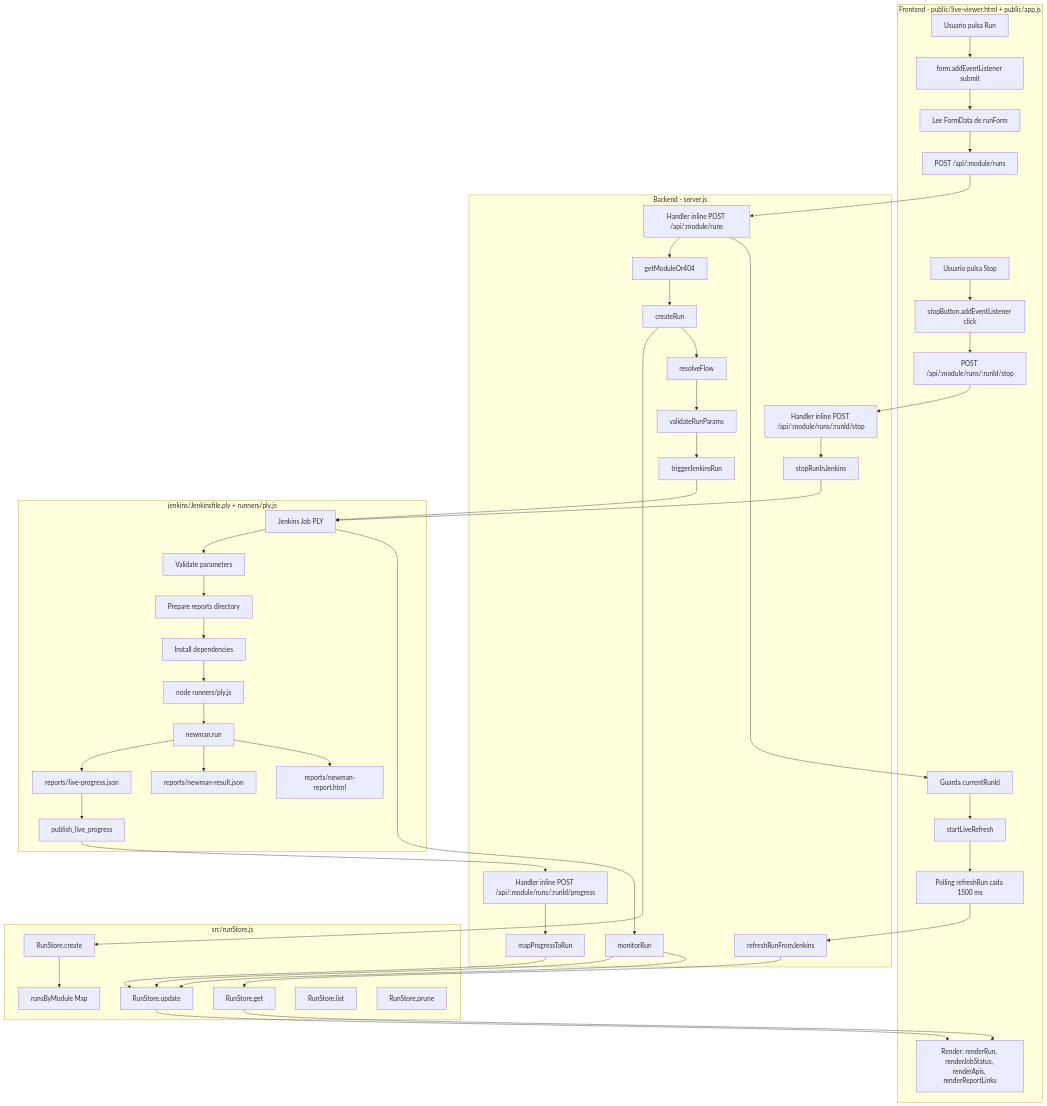
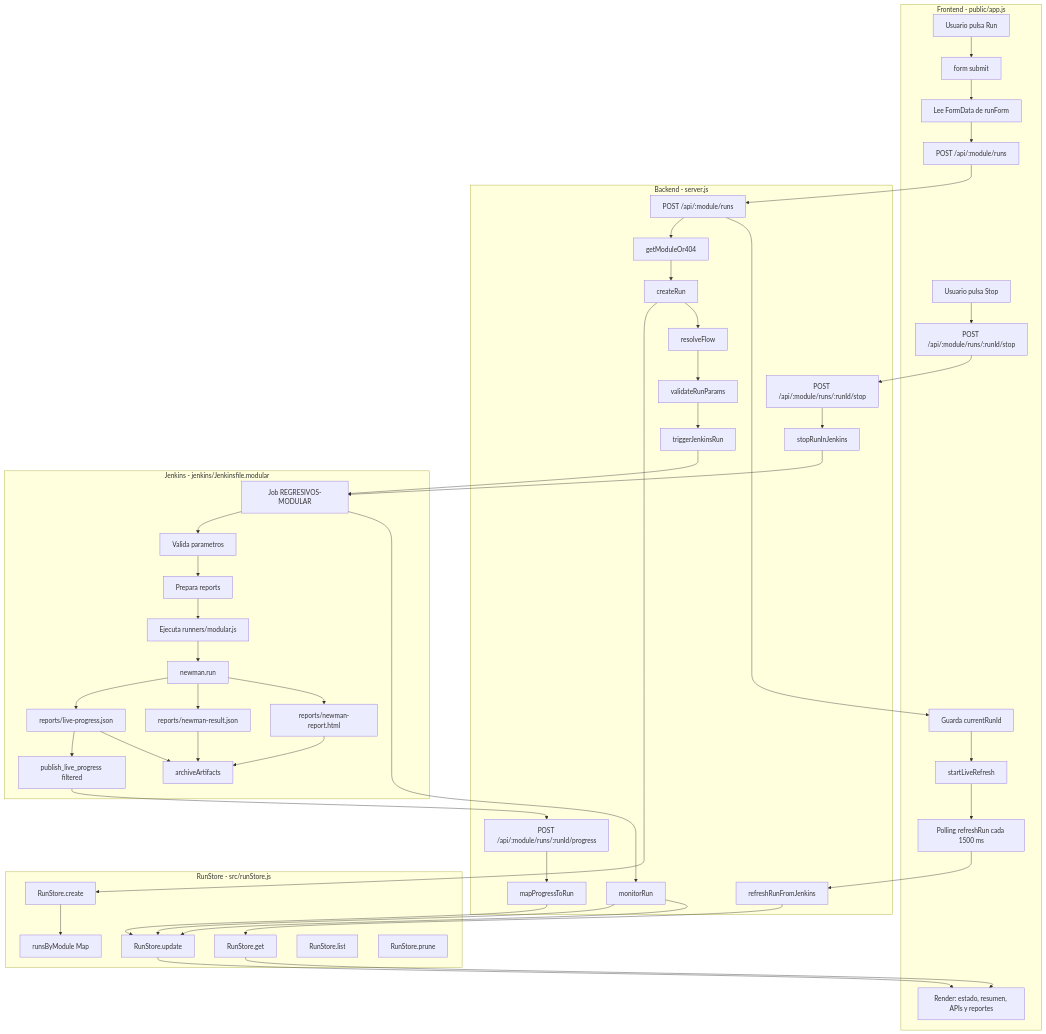
Before and after one commit to rojasfy/qa-postman-runner: the first of 2 diagrams in docs/flujo-ejecucion-modular.md, drawn with Mermaid. The commit also changed other lines of this file and 14 other files, not shown here.

Commit message:
chore: keep only modular architecture active

````diff
--- a/docs/flujo-ejecucion-modular.md
+++ b/docs/flujo-ejecucion-modular.md
@@ -13,63 +21,65 @@
 ```mermaid
 flowchart TD
-  subgraph Frontend[Frontend - public/live-viewer.html + public/app.js]
+  subgraph Frontend[Frontend - public/app.js]
     U[Usuario pulsa Run]
-    F1[form.addEventListener submit]
+    F1[form submit]
     F2[Lee FormData de runForm]
     F3[POST /api/:module/runs]
     F4[Guarda currentRunId]
     F5[startLiveRefresh]
     F6[Polling refreshRun cada 1500 ms]
-    F7[Render: renderRun, renderJobStatus, renderApis, renderReportLinks]
+    F7[Render: estado, resumen, APIs y reportes]
     S1[Usuario pulsa Stop]
-    S2[stopButton.addEventListener click]
-    S3[POST /api/:module/runs/:runId/stop]
+    S2[POST /api/:module/runs/:runId/stop]
   end
 
   subgraph Backend[Backend - server.js]
-    B1[Handler inline POST /api/:module/runs]
+    B1[POST /api/:module/runs]
     B2[getModuleOr404]
     B3[createRun]
     B4[resolveFlow]
     B5[validateRunParams]
     B6[triggerJenkinsRun]
     B7[monitorRun]
     B8[refreshRunFromJenkins]
-    B11[Handler inline POST /api/:module/runs/:runId/progress]
-    B12[mapProgressToRun]
-    B9[Handler inline POST /api/:module/runs/:runId/stop]
-    B10[stopRunInJenkins]
+    B9[POST /api/:module/runs/:runId/progress]
+    B10[mapProgressToRun]
+    B11[POST /api/:module/runs/:runId/stop]
+    B12[stopRunInJenkins]
   end
 
-  subgraph RunStore[src/runStore.js]
+  subgraph Store[RunStore - src/runStore.js]
     R1[RunStore.create]
     R2[runsByModule Map]
     R3[RunStore.update]
     R4[RunStore.get]
     R5[RunStore.list]
     R6[RunStore.prune]
   end
 
-  subgraph Jenkins[jenkins/Jenkinsfile.ply + runners/ply.js]
-    J1[Jenkins Job PLY]
-    J2[Validate parameters]
-    J3[Prepare reports directory]
-    J4[Install dependencies]
-    J5[node runners/ply.js]
-    J6[newman.run]
-    J7[reports/live-progress.json]
-    J8[reports/newman-result.json]
-    J9[reports/newman-report.html]
-    J10[publish_live_progress]
+  subgraph Jenkins[Jenkins - jenkins/Jenkinsfile.modular]
+    J1[Job REGRESIVOS-MODULAR]
+    J2[Valida parametros]
+    J3[Prepara reports]
+    J4[Ejecuta runners/modular.js]
+    J5[newman.run]
+    J6[reports/live-progress.json]
+    J7[reports/newman-result.json]
+    J8[reports/newman-report.html]
+    J9[publish_live_progress filtered]
+    J10[archiveArtifacts]
   end
 
   U --> F1 --> F2 --> F3 --> B1 --> B2 --> B3 --> R1 --> R2
-  B3 --> B4 --> B5 --> B6 --> J1 --> J2 --> J3 --> J4 --> J5 --> J6
-  J6 --> J7
-  J6 --> J8
-  J6 --> J9
-  J7 --> J10 --> B11 --> B12 --> R3
+  B3 --> B4 --> B5 --> B6 --> J1 --> J2 --> J3 --> J4 --> J5
+  J5 --> J6
+  J5 --> J7
+  J5 --> J8
+  J6 --> J9 --> B9 --> B10 --> R3
+  J6 --> J10
+  J7 --> J10
+  J8 --> J10
   B7 --> R3
   B1 --> F4 --> F5 --> F6 --> B8 --> R4 --> F7
-  S1 --> S2 --> S3 --> B9 --> B10 --> J1 --> B7 --> R3 --> F7
+  S1 --> S2 --> B11 --> B12 --> J1 --> B7 --> R3 --> F7
 ```
````
